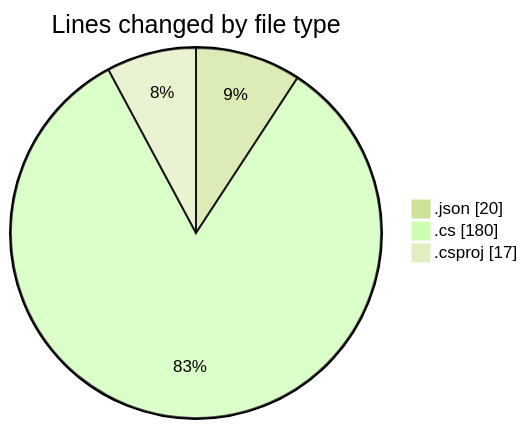
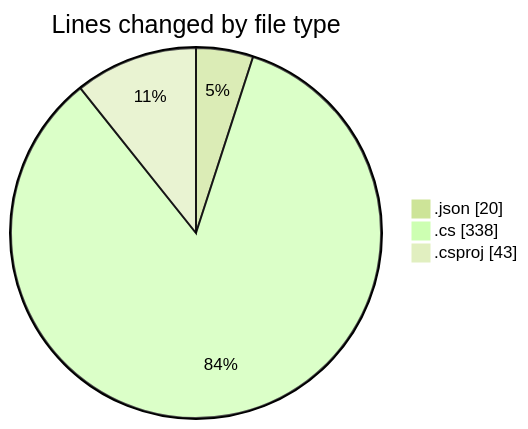
Before and after one commit to Netris89/code-tracking: the first of 2 diagrams in 2025-04-05/schoolmanagement/README.md, drawn with Mermaid (forest theme). The commit also changed other lines of this file and 1 other file, not shown here.

````diff
--- a/2025-04-05/schoolmanagement/README.md
+++ b/2025-04-05/schoolmanagement/README.md
@@ -28,7 +29,7 @@
 ```mermaid
 pie showData
 title Lines changed by file type
 ".json" : 20
-".cs" : 180
-".csproj" : 17
+".cs" : 338
+".csproj" : 43
 ```
````
